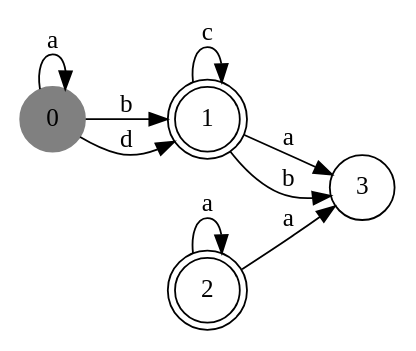
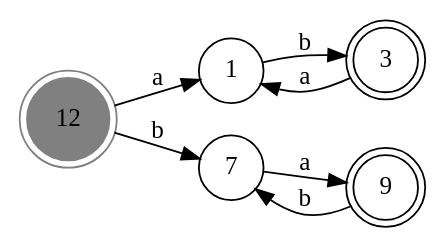
One commit to RED-AUtoMate/Automates changed the diagram in test.dot. Above: the diagram before and after it, drawn with Graphviz. The commit also changed 9 other files, not shown here.

```diff
--- a/test.dot
+++ b/test.dot
@@ -1,14 +1,15 @@
-digraph test {rankdir = LR;
-size = "8,5";
-node [shape = circle];
-0 [style = "filled",color = "gray"];
-2 [shape = "doublecircle"];
-1 [shape = "doublecircle"];
-0 -> 0 [label = "a"];
-0 -> 1 [label = "b"];
-0 -> 1 [label = "d"];
-1 -> 1 [label = "c"];
-1 -> 3 [label = "a"];
-1 -> 3 [label = "b"];
-2 -> 2 [label = "a"];
-2 -> 3 [label = "a"];}
+digraph automate {
+	rankdir=LR;
+	size="8,5";
+    node  [shape = circle];
+    12  [style = "filled",color ="gray"];
+    3  [shape = "doublecircle"];
+    9  [shape = "doublecircle"];
+    12  [shape = "doublecircle"];
+    "1" -> "3" [label= "b"];
+    "12" -> "1" [label= "a"];
+    "12" -> "7" [label= "b"];
+    "3" -> "1" [label= "a"];
+    "7" -> "9" [label= "a"];
+    "9" -> "7" [label= "b"];
+}
```
